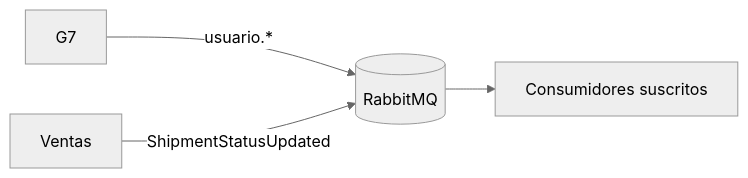
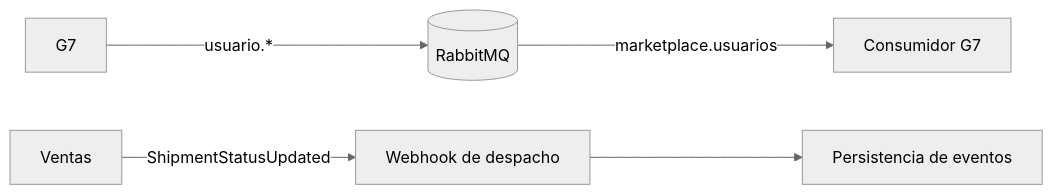
Before and after one commit to Taller-SW-Web/G1-Marketplace-Frontend: the diagram in docs/evidencias/h5/321-contrato-eventos.md, drawn with Mermaid (neutral theme). The commit also changed other lines of this file and 5 other files, not shown here.

````diff
--- a/docs/evidencias/h5/321-contrato-eventos.md
+++ b/docs/evidencias/h5/321-contrato-eventos.md
@@ -12,6 +12,7 @@
 ```mermaid
 flowchart LR
     G7[G7] -->|usuario.*| Broker[(RabbitMQ)]
-    Ventas[Ventas] -->|ShipmentStatusUpdated| Broker
-    Broker --> Consumidores[Consumidores suscritos]
+    Broker -->|marketplace.usuarios| Consumidores[Consumidor G7]
+    Ventas[Ventas] -->|ShipmentStatusUpdated| Webhook[Webhook de despacho]
+    Webhook --> Persistencia[Persistencia de eventos]
 ```
````
